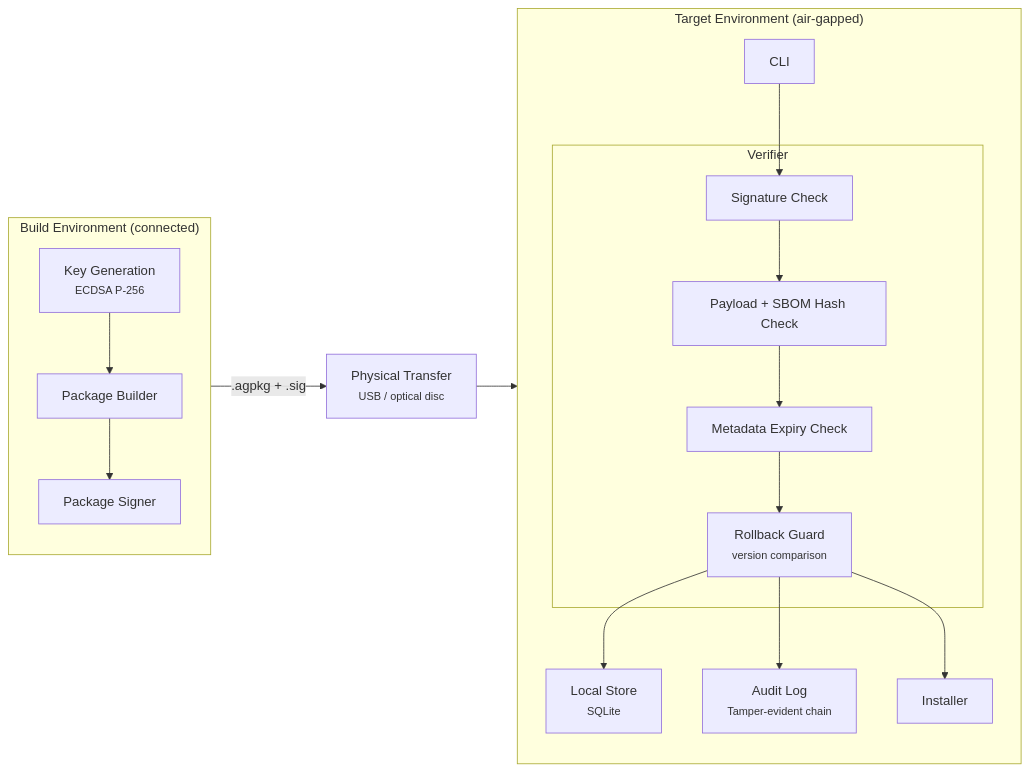
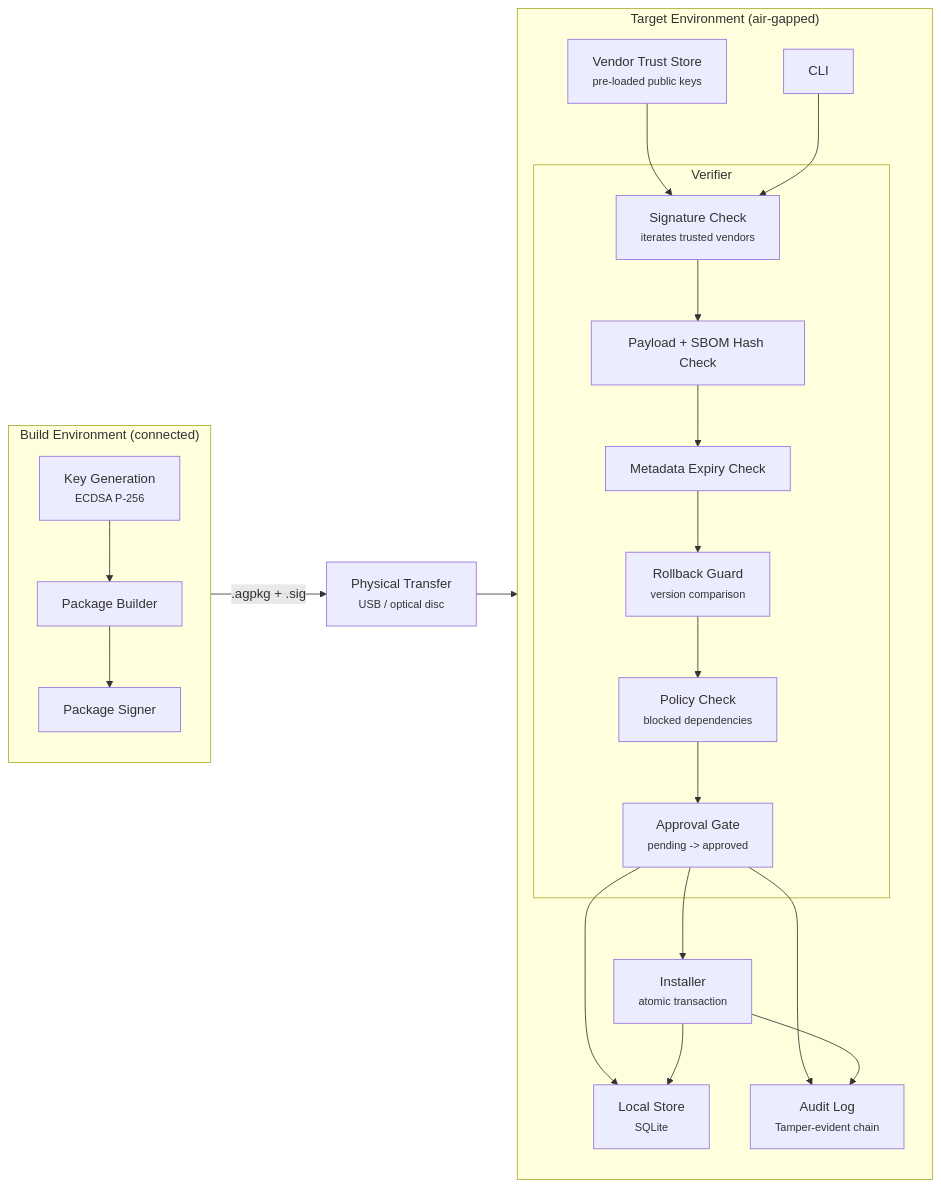
One commit to Voyrox/Blackbox changed the diagram in README.md. Above: the diagram before and after it, drawn with Mermaid. The commit also changed other lines of this file and 36 other files, not shown here.

````diff
--- a/README.md
+++ b/README.md
@@ -11,40 +50,48 @@
 ```mermaid
 flowchart LR
     subgraph BuildEnv["Build Environment (connected)"]
         direction TB
         Keygen["Key Generation<br/><small>ECDSA P-256</small>"]
         Builder["Package Builder"]
         Signer["Package Signer"]
         Keygen --> Builder
         Builder --> Signer
     end
 
     Transfer["Physical Transfer<br/><small>USB / optical disc</small>"]
 
     subgraph TargetEnv["Target Environment (air-gapped)"]
         direction TB
         CLI["CLI"]
+        Trust["Vendor Trust Store<br/><small>pre-loaded public keys</small>"]
 
         subgraph Verify["Verifier"]
-            SigCheck["Signature Check"]
+            SigCheck["Signature Check<br/><small>iterates trusted vendors</small>"]
             HashCheck["Payload + SBOM Hash Check"]
             ExpiryCheck["Metadata Expiry Check"]
             RollbackCheck["Rollback Guard<br/><small>version comparison</small>"]
+            PolicyCheck["Policy Check<br/><small>blocked dependencies</small>"]
+            StatusGate["Approval Gate<br/><small>pending -> approved</small>"]
         end
 
         DBs["Local Store<br/><small>SQLite</small>"]
         Audit["Audit Log<br/><small>Tamper-evident chain</small>"]
-        Installer["Installer"]
+        Installer["Installer<br/><small>atomic transaction</small>"]
 
+        Trust --> SigCheck
         CLI --> SigCheck
         SigCheck --> HashCheck
         HashCheck --> ExpiryCheck
         ExpiryCheck --> RollbackCheck
-        RollbackCheck --> DBs
-        RollbackCheck --> Audit
-        RollbackCheck --> Installer
+        RollbackCheck --> PolicyCheck
+        PolicyCheck --> StatusGate
+        StatusGate --> DBs
+        StatusGate --> Audit
+        StatusGate --> Installer
+        Installer --> DBs
+        Installer --> Audit
     end
 
     Signer -- ".agpkg + .sig" --> Transfer
     Transfer --> CLI
 ```
````
